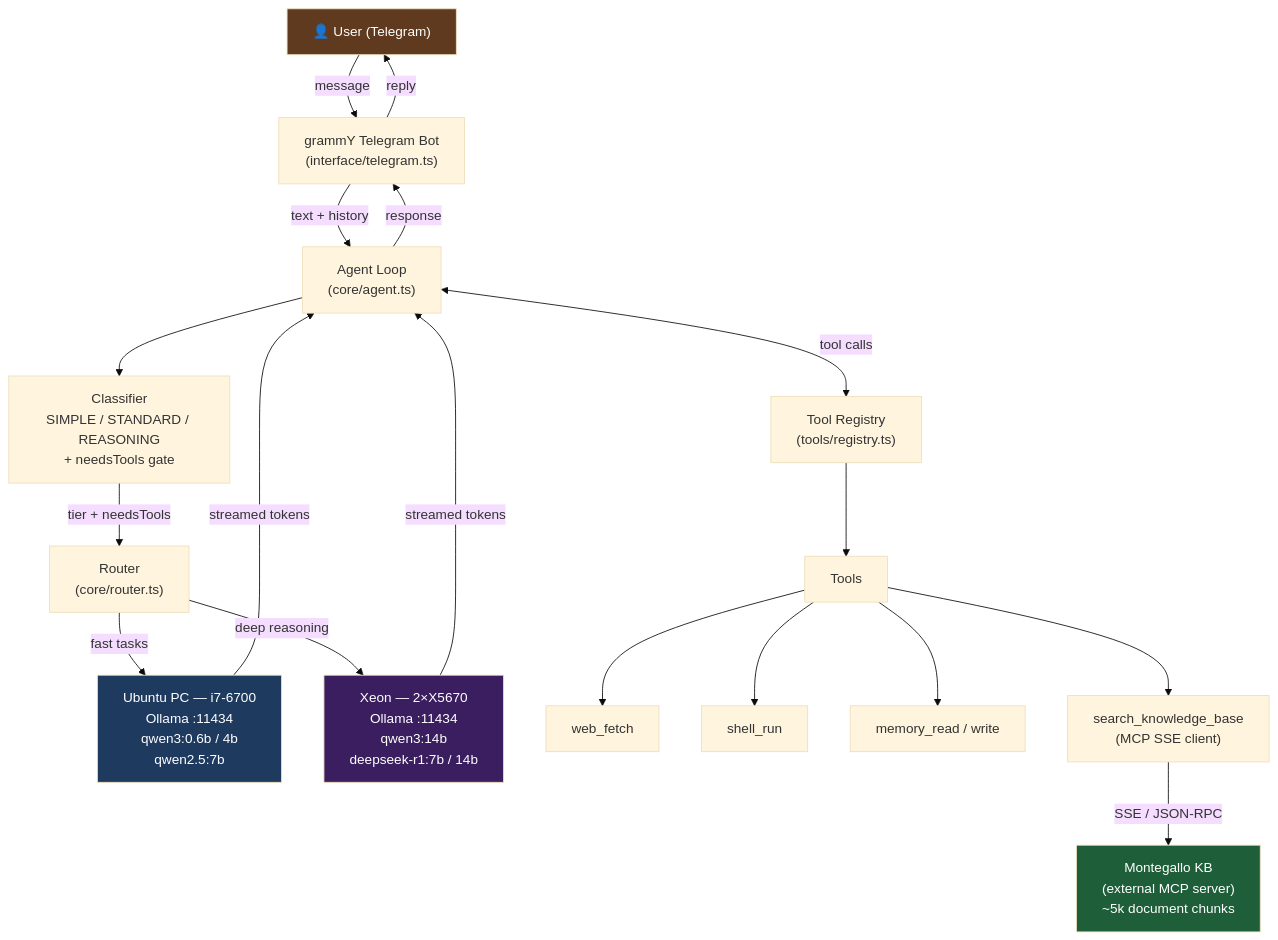
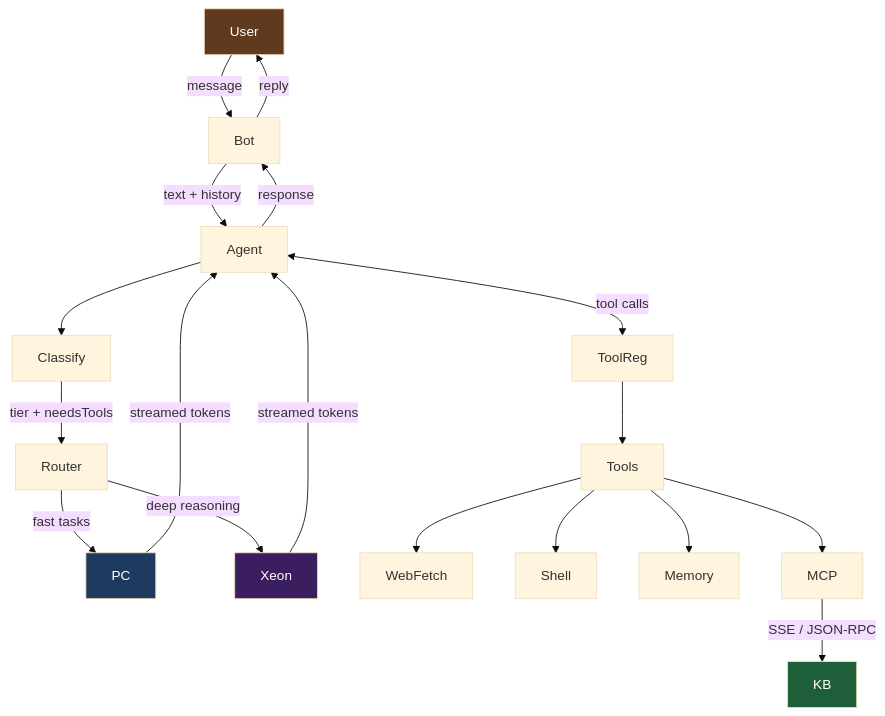
The diagram in diagrams/architecture.mmd (erominef/jarvis), drawn with Mermaid (base theme) before and after one commit.

Commit message:
Simplify architecture diagram by removing component details
Removed detailed component descriptions from the architecture diagram.

````diff
--- a/diagrams/architecture.mmd
+++ b/diagrams/architecture.mmd
@@ -1,42 +1,26 @@
 ```mermaid
 graph TD
-    User["👤 User (Telegram)"]
-    Bot["grammY Telegram Bot\n(interface/telegram.ts)"]
-    Agent["Agent Loop\n(core/agent.ts)"]
-    Classify["Classifier\nSIMPLE / STANDARD / REASONING\n+ needsTools gate"]
-    Router["Router\n(core/router.ts)"]
-    ToolReg["Tool Registry\n(tools/registry.ts)"]
-
-    PC["Ubuntu PC — i7-6700\nOllama :11434\nqwen3:0.6b / 4b\nqwen2.5:7b"]
-    Xeon["Xeon — 2×X5670\nOllama :11434\nqwen3:14b\ndeepseek-r1:7b / 14b"]
-
-    Tools["Tools"]
-    WebFetch["web_fetch"]
-    Shell["shell_run"]
-    Memory["memory_read / write"]
-    MCP["search_knowledge_base\n(MCP SSE client)"]
-    KB["Montegallo KB\n(external MCP server)\n~5k document chunks"]
-
+    
     User -->|"message"| Bot
     Bot -->|"text + history"| Agent
     Agent --> Classify
     Classify -->|"tier + needsTools"| Router
     Router -->|"fast tasks"| PC
     Router -->|"deep reasoning"| Xeon
     Agent <-->|"tool calls"| ToolReg
     ToolReg --> Tools
     Tools --> WebFetch
     Tools --> Shell
     Tools --> Memory
     Tools --> MCP
     MCP -->|"SSE / JSON-RPC"| KB
     PC -->|"streamed tokens"| Agent
     Xeon -->|"streamed tokens"| Agent
     Agent -->|"response"| Bot
     Bot -->|"reply"| User
 
     style PC fill:#1e3a5f,color:#fff
     style Xeon fill:#3a1e5f,color:#fff
     style KB fill:#1e5f3a,color:#fff
     style User fill:#5f3a1e,color:#fff
 ```
````
